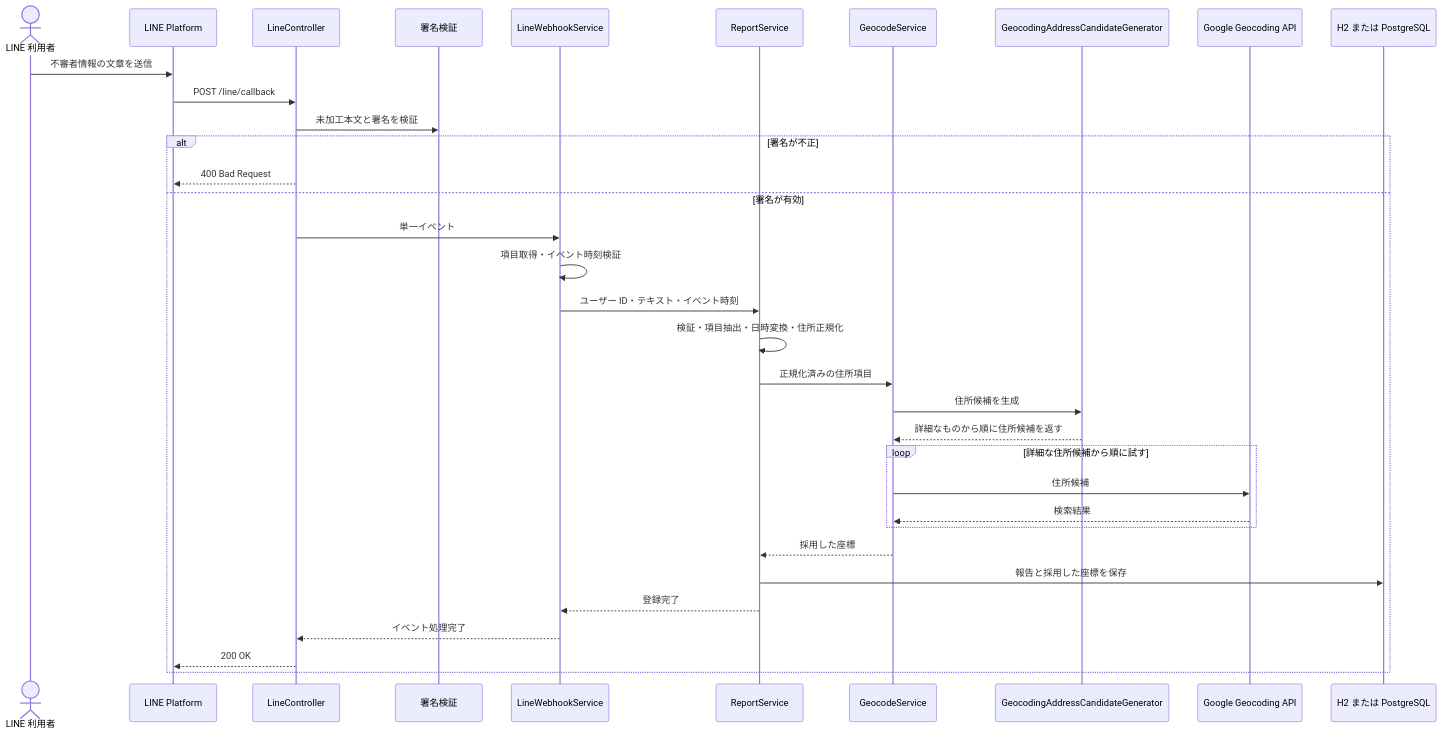
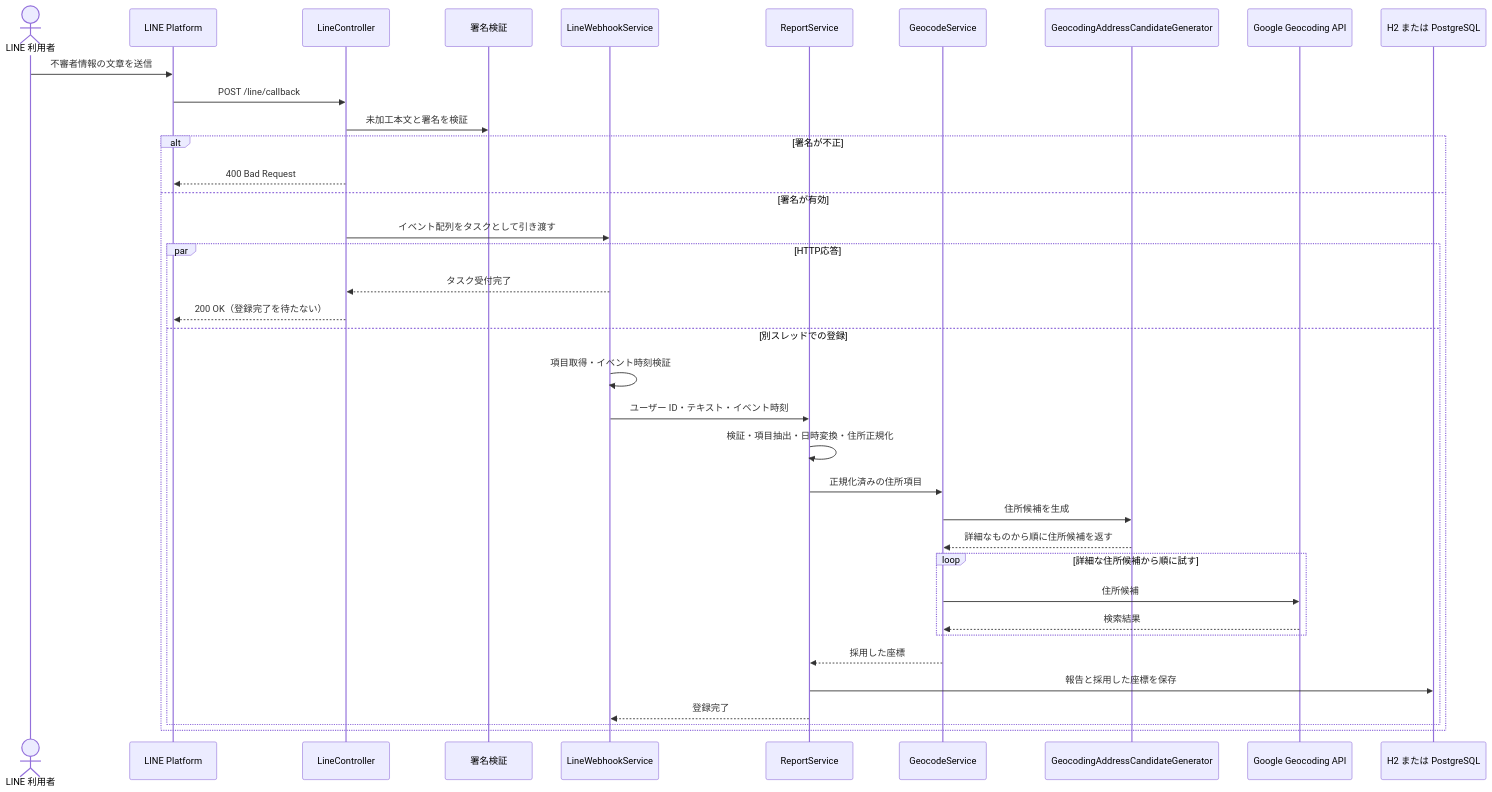
One commit to TBan34/Suspicious-Person-Map changed the third of 5 diagrams in docs/architecture/system-overview.md. Above: the diagram before and after it, drawn with Mermaid. The commit also changed other lines of this file and 6 other files, not shown here.

````diff
--- a/docs/architecture/system-overview.md
+++ b/docs/architecture/system-overview.md
@@ -133,37 +133,40 @@
 ```mermaid
 sequenceDiagram
     actor User as LINE 利用者
     participant LINE as LINE Platform
     participant Controller as LineController
     participant Verifier as 署名検証
     participant WebhookService as LineWebhookService
     participant Service as ReportService
     participant Geocode as GeocodeService
     participant Generator as GeocodingAddressCandidateGenerator
     participant Google as Google Geocoding API
     participant DB as H2 または PostgreSQL
 
     User->>LINE: 不審者情報の文章を送信
     LINE->>Controller: POST /line/callback
     Controller->>Verifier: 未加工本文と署名を検証
     alt 署名が不正
         Controller-->>LINE: 400 Bad Request
     else 署名が有効
-        Controller->>WebhookService: 単一イベント
-        WebhookService->>WebhookService: 項目取得・イベント時刻検証
-        WebhookService->>Service: ユーザー ID・テキスト・イベント時刻
-        Service->>Service: 検証・項目抽出・日時変換・住所正規化
-        Service->>Geocode: 正規化済みの住所項目
-        Geocode->>Generator: 住所候補を生成
-        Generator-->>Geocode: 詳細なものから順に住所候補を返す
-        loop 詳細な住所候補から順に試す
-            Geocode->>Google: 住所候補
-            Google-->>Geocode: 検索結果
+        Controller->>WebhookService: イベント配列をタスクとして引き渡す
+        par HTTP応答
+            WebhookService-->>Controller: タスク受付完了
+            Controller-->>LINE: 200 OK（登録完了を待たない）
+        and 別スレッドでの登録
+            WebhookService->>WebhookService: 項目取得・イベント時刻検証
+            WebhookService->>Service: ユーザー ID・テキスト・イベント時刻
+            Service->>Service: 検証・項目抽出・日時変換・住所正規化
+            Service->>Geocode: 正規化済みの住所項目
+            Geocode->>Generator: 住所候補を生成
+            Generator-->>Geocode: 詳細なものから順に住所候補を返す
+            loop 詳細な住所候補から順に試す
+                Geocode->>Google: 住所候補
+                Google-->>Geocode: 検索結果
+            end
+            Geocode-->>Service: 採用した座標
+            Service->>DB: 報告と採用した座標を保存
+            Service-->>WebhookService: 登録完了
         end
-        Geocode-->>Service: 採用した座標
-        Service->>DB: 報告と採用した座標を保存
-        Service-->>WebhookService: 登録完了
-        WebhookService-->>Controller: イベント処理完了
-        Controller-->>LINE: 200 OK
     end
 ```
````
